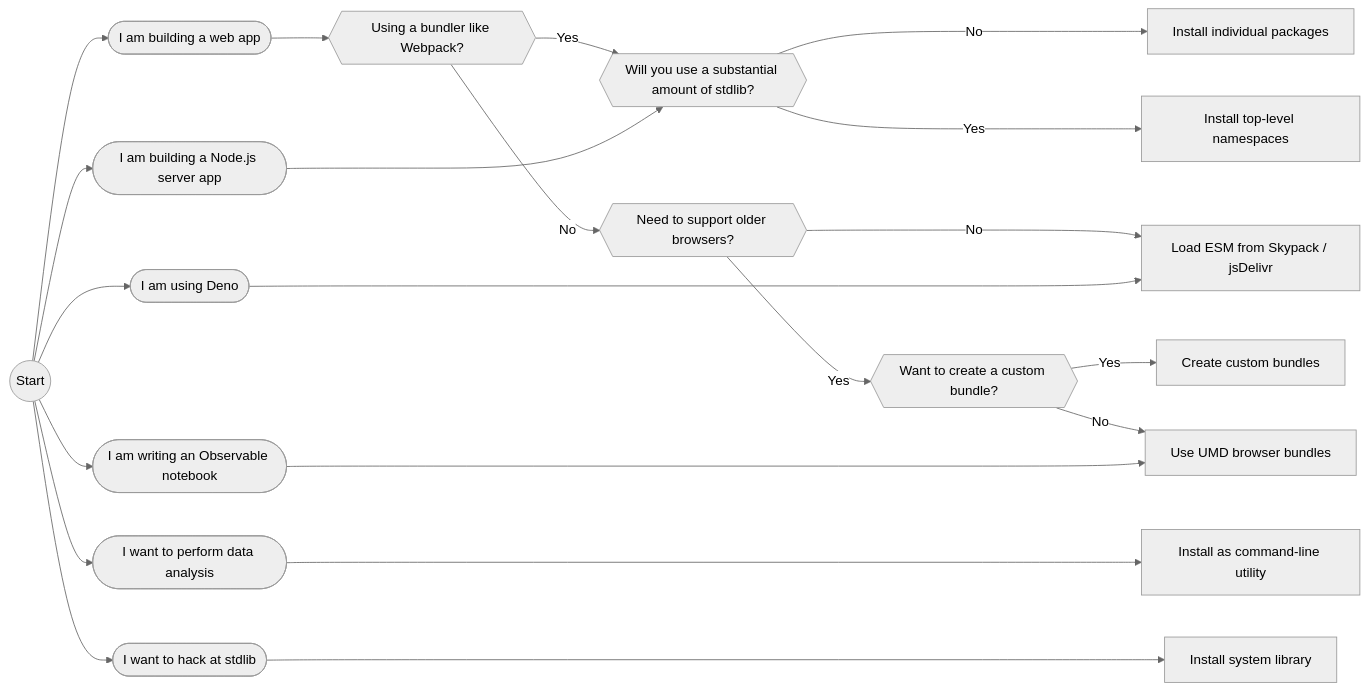
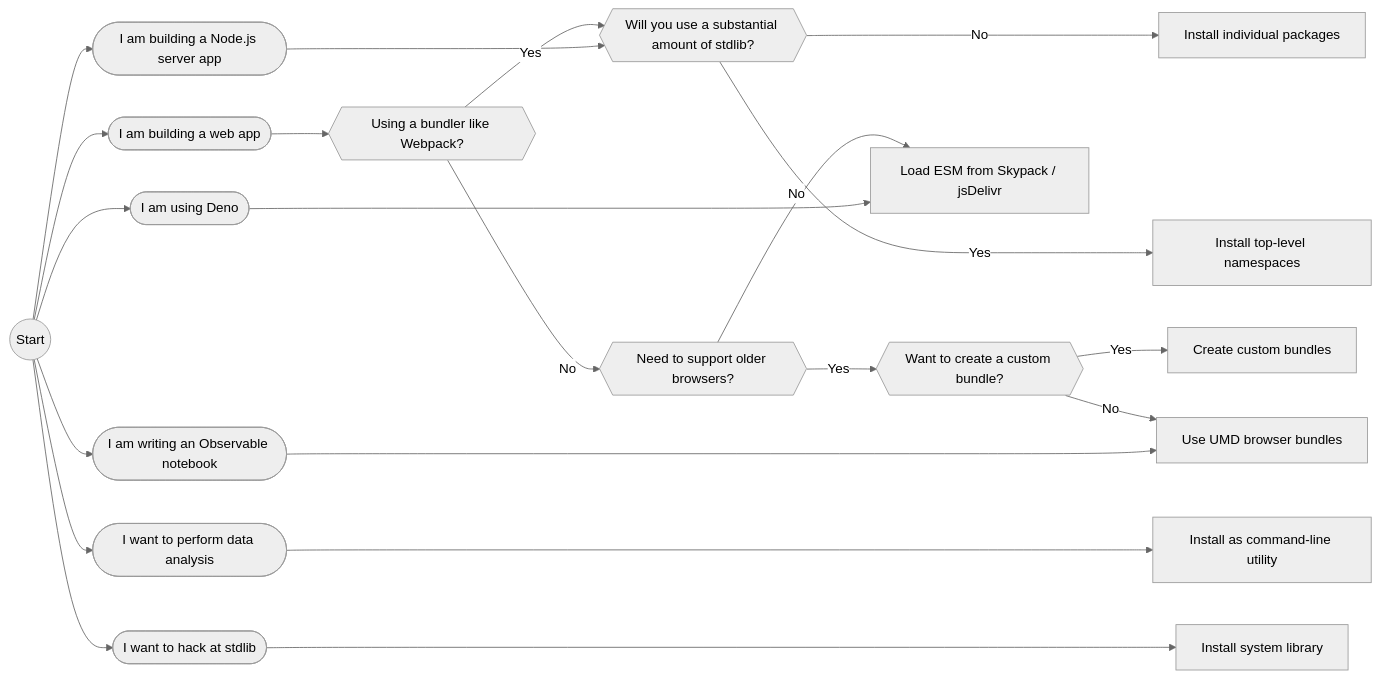
One commit to stdlib-js/stdlib changed the diagram in README.md. Above: the diagram before and after it, drawn with Mermaid (neutral theme). The commit also changed other lines of this file, not shown here.

Commit message:
Update links to use branch

````diff
--- a/README.md
+++ b/README.md
@@ -191,47 +191,47 @@
 ```mermaid
 graph LR
     Z((Start))
 
     A([I want to perform data analysis])
     B([I am building a web app])
     B1{{Using a bundler like Webpack?}}
     B2{{Need to support older browsers?}}
     B3{{Want to create a custom bundle?}}
     C([I am building a Node.js server app])
     C1{{Will you use a substantial amount of stdlib?}}
     D([I am using Deno])
     E([I am writing an Observable notebook])
     F([I want to hack at stdlib])
 
     G[Install as command-line utility]
     H[Install individual packages]
     I[Create custom bundles]
     J[Use UMD browser bundles]
     K[Install system library]
     L[Install top-level namespaces]
     M[Load ESM from Skypack / jsDelivr]
 
     Z --> B --> B1
     B1 -- Yes --> C1
     B1 -- No --> B2
     B2 -- No --> M
     B2 -- Yes --> B3
     B3 -- Yes --> I
     B3 -- No --> J
 
     Z --> C ---> C1
     C1 -- No ---> H
     C1 -- Yes ---> L
 
-    Z --> D -----> M
+    Z --> D ----> M
     Z --> A -----> G
     Z --> F -----> K
     Z --> E -----> J
 
-    click G href "https://github.com/stdlib-js/stdlib#command-line-utility"
-    click H href "https://github.com/stdlib-js/stdlib#individual-packages"
-    click I href "https://github.com/stdlib-js/stdlib#custom-bundles"
-    click J href "https://github.com/stdlib-js/stdlib#browser-bundles"
-    click L href "https://github.com/stdlib-js/stdlib#namespaces"
-    click K href "https://github.com/stdlib-js/stdlib#system-library"
+    click G href "https://github.com/stdlib-js/stdlib/tree/user-stories-diagram#command-line-utility"
+    click H href "https://github.com/stdlib-js/stdlib/tree/user-stories-diagram#individual-packages"
+    click I href "https://github.com/stdlib-js/stdlib/tree/user-stories-diagram#custom-bundles"
+    click J href "https://github.com/stdlib-js/stdlib/tree/user-stories-diagram#browser-bundles"
+    click L href "https://github.com/stdlib-js/stdlib/tree/user-stories-diagram#namespaces"
+    click K href "https://github.com/stdlib-js/stdlib/tree/user-stories-diagram#system-library"
  ```
````
